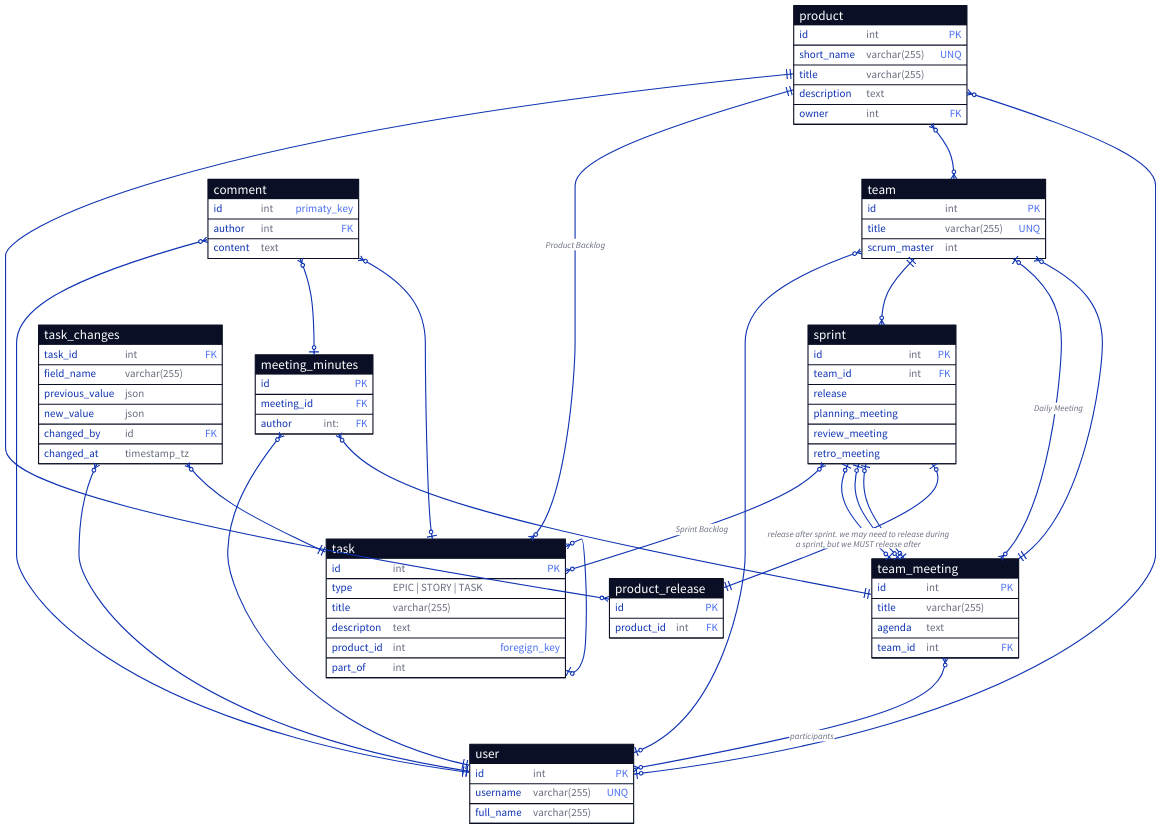
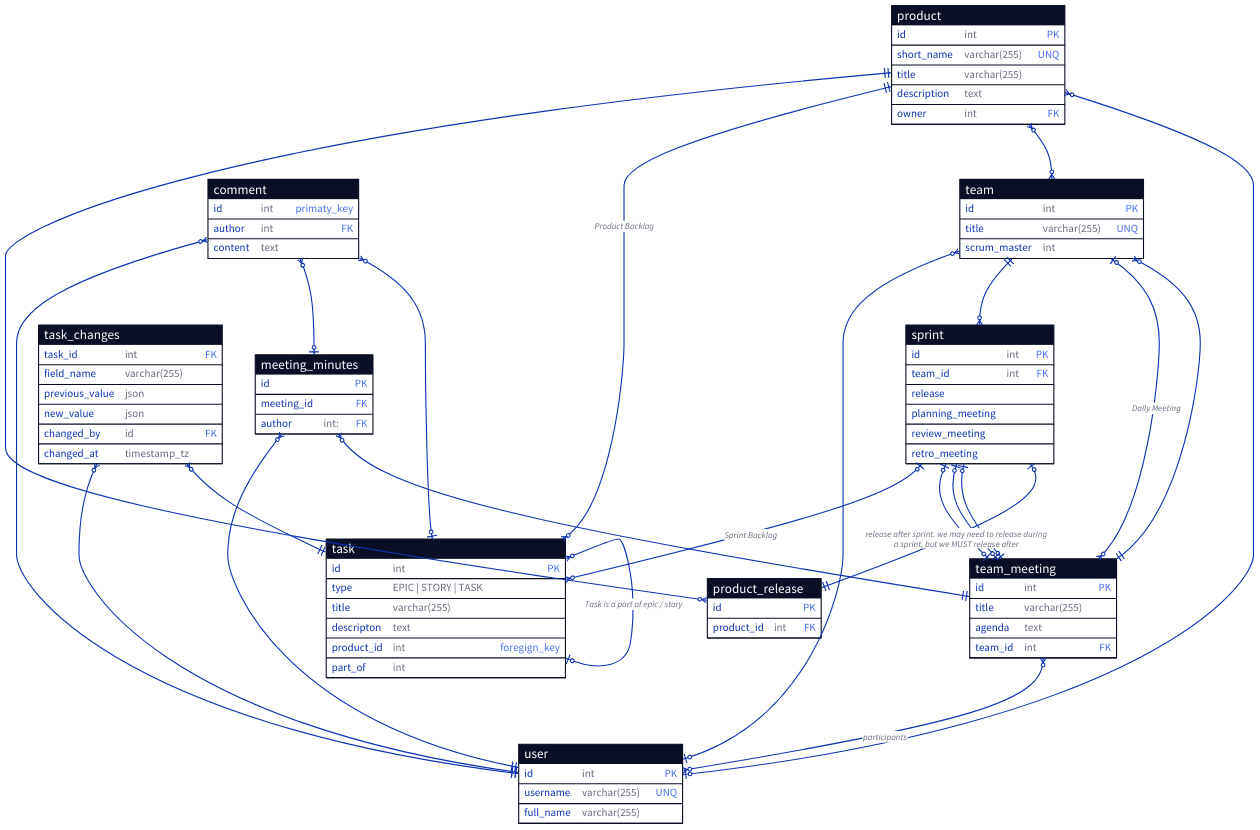
One commit to forafox/Zadachnik changed the diagram in docs/infological.d2. Above: the diagram before and after it, drawn with D2.

Commit message:
fix spring backlog relation

```diff
--- a/docs/infological.d2
+++ b/docs/infological.d2
@@ -222,6 +222,7 @@
 }
 
 task.part_of <-> task.id: {
+  label: "Task is a part of epic / story"
   source-arrowhead: {
     shape: cf-many
   }
@@ -242,7 +243,7 @@
 
 sprint.id <-> task.id: {
   source-arrowhead: {
-    shape: cf-many
+    shape: cf-one
   }
   target-arrowhead: {
     shape: cf-many
```
